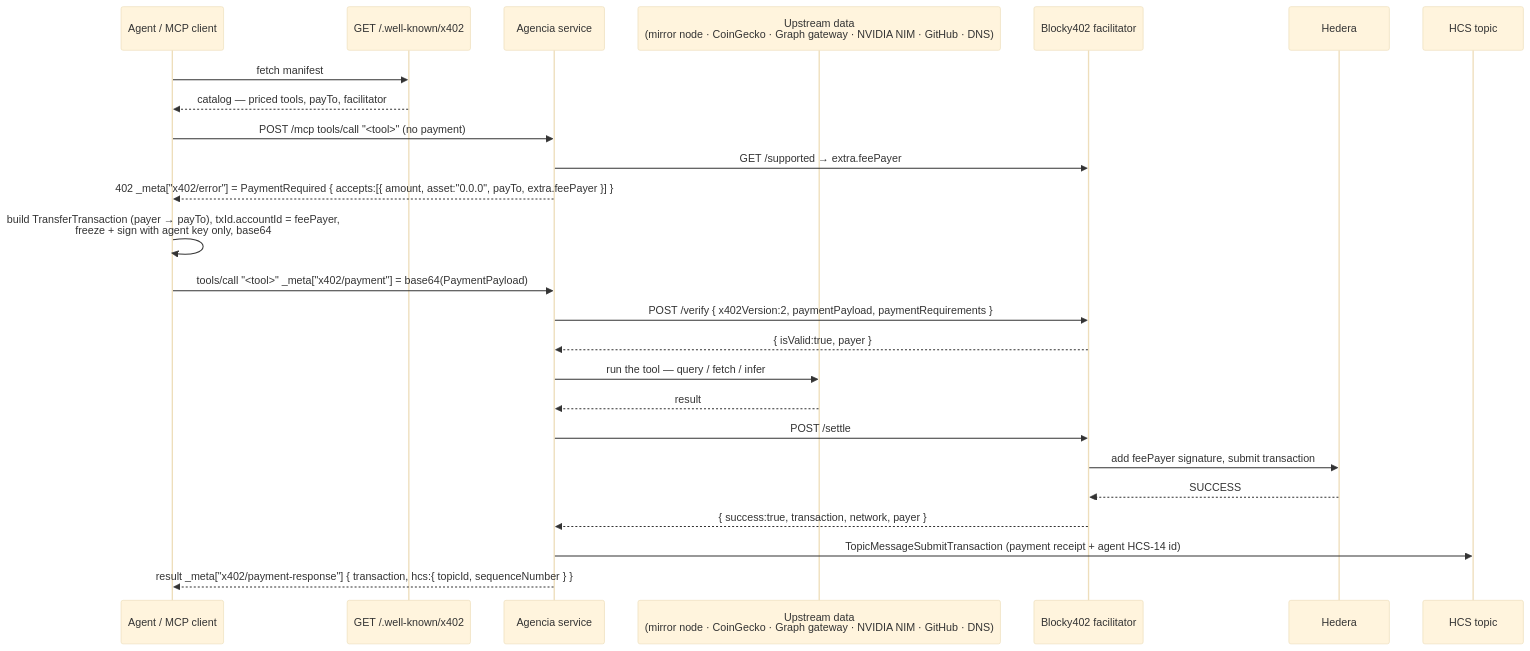
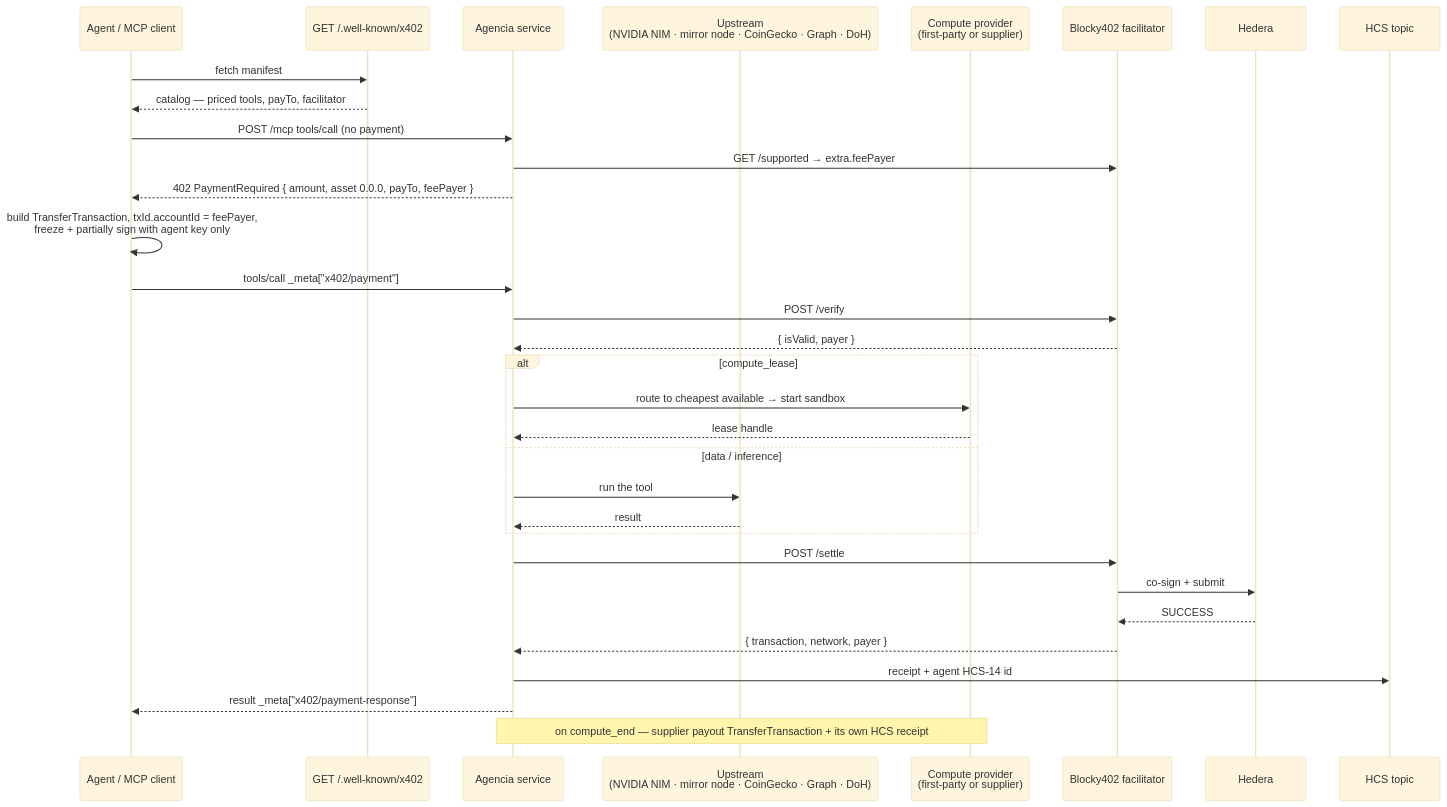
Before and after one commit to daiwikmh/agencia: the diagram in README.md, drawn with Mermaid (base theme). The commit also changed other lines of this file and 51 other files, not shown here.

````diff
--- a/README.md
+++ b/README.md
@@ -88,28 +201,35 @@
 ```mermaid
 sequenceDiagram
   participant A as Agent / MCP client
   participant M as GET /.well-known/x402
   participant S as Agencia service
-  participant D as Upstream data<br/>(mirror node · CoinGecko · Graph gateway · NVIDIA NIM · GitHub · DNS)
+  participant D as Upstream<br/>(NVIDIA NIM · mirror node · CoinGecko · Graph · DoH)
+  participant P as Compute provider<br/>(first-party or supplier)
   participant F as Blocky402 facilitator
   participant H as Hedera
   participant T as HCS topic
 
   A->>M: fetch manifest
   M-->>A: catalog — priced tools, payTo, facilitator
-  A->>S: POST /mcp  tools/call "<tool>"  (no payment)
-  S->>F: GET /supported  → extra.feePayer
-  S-->>A: 402  _meta["x402/error"] = PaymentRequired { accepts:[{ amount, asset:"0.0.0", payTo, extra.feePayer }] }
-  A->>A: build TransferTransaction (payer → payTo), txId.accountId = feePayer,<br/>freeze + sign with agent key only, base64
-  A->>S: tools/call "<tool>"  _meta["x402/payment"] = base64(PaymentPayload)
-  S->>F: POST /verify  { x402Version:2, paymentPayload, paymentRequirements }
-  F-->>S: { isValid:true, payer }
-  S->>D: run the tool — query / fetch / infer
-  D-->>S: result
+  A->>S: POST /mcp  tools/call (no payment)
+  S->>F: GET /supported → extra.feePayer
+  S-->>A: 402  PaymentRequired { amount, asset 0.0.0, payTo, feePayer }
+  A->>A: build TransferTransaction, txId.accountId = feePayer,<br/>freeze + partially sign with agent key only
+  A->>S: tools/call  _meta["x402/payment"]
+  S->>F: POST /verify
+  F-->>S: { isValid, payer }
+  alt compute_lease
+    S->>P: route to cheapest available → start sandbox
+    P-->>S: lease handle
+  else data / inference
+    S->>D: run the tool
+    D-->>S: result
+  end
   S->>F: POST /settle
-  F->>H: add feePayer signature, submit transaction
+  F->>H: co-sign + submit
   H-->>F: SUCCESS
-  F-->>S: { success:true, transaction, network, payer }
-  S->>T: TopicMessageSubmitTransaction (payment receipt + agent HCS-14 id)
-  S-->>A: result  _meta["x402/payment-response"] { transaction, hcs:{ topicId, sequenceNumber } }
+  F-->>S: { transaction, network, payer }
+  S->>T: receipt + agent HCS-14 id
+  S-->>A: result  _meta["x402/payment-response"]
+  Note over S,P: on compute_end — supplier payout TransferTransaction + its own HCS receipt
 ```
````
